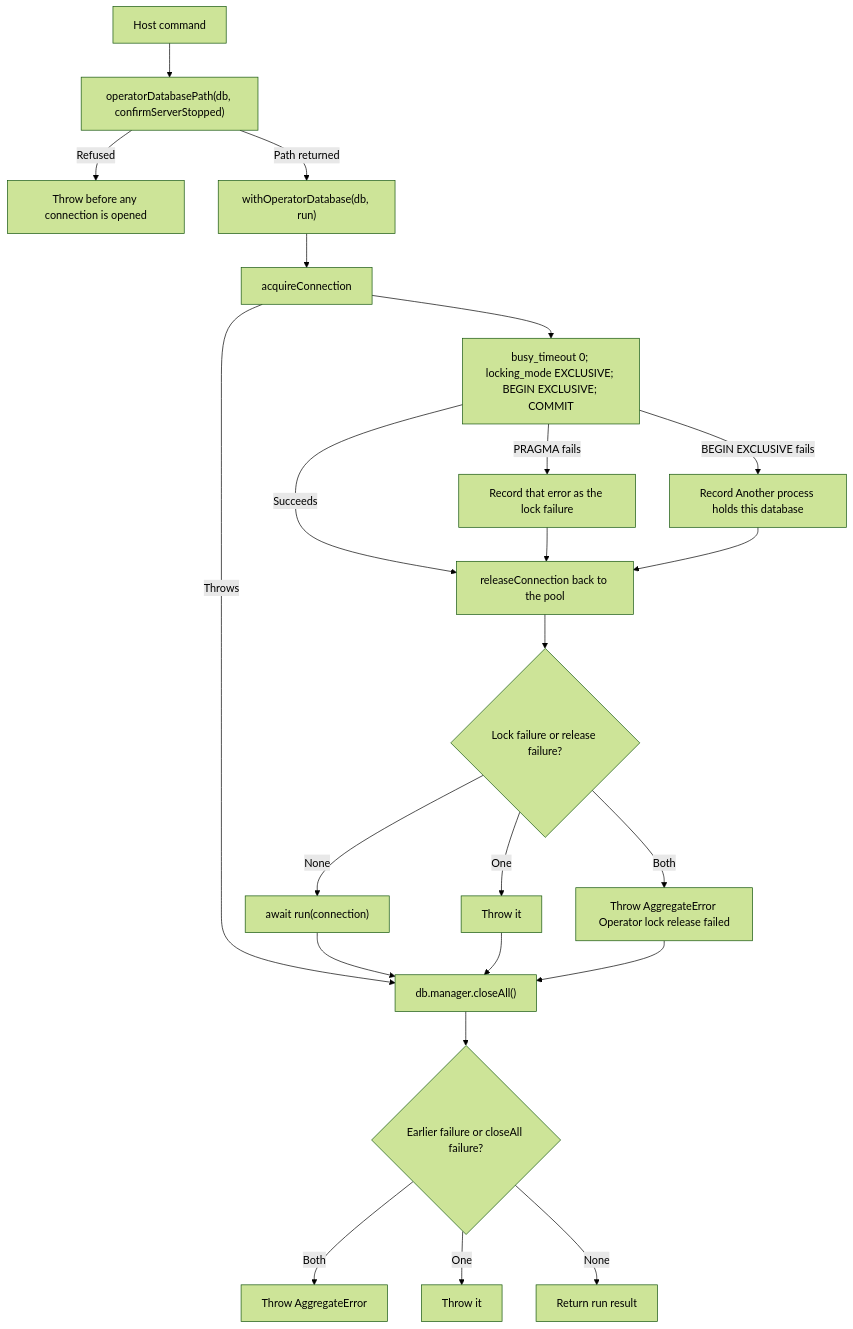
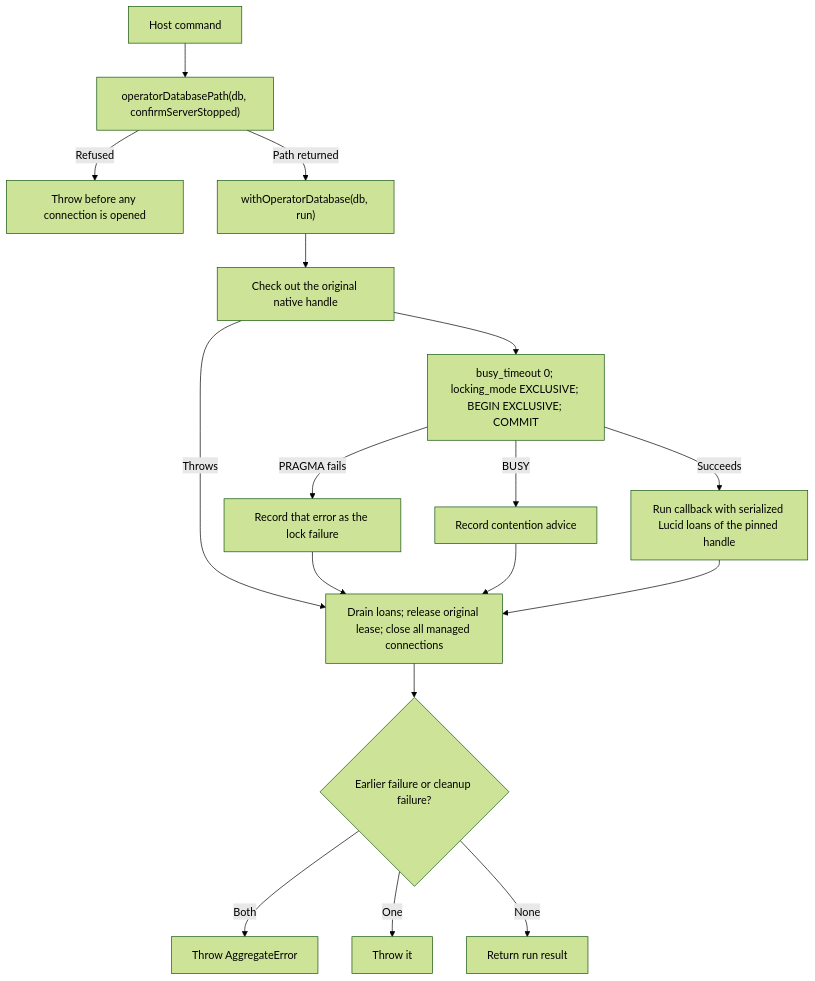
Before and after one commit to Kevinjohn/oss-adonisjs-sqlite-backup: the second of 2 diagrams in user-stories/operator-guards/us-op-07-stopped-server-operator-command.md, drawn with Mermaid (forest theme). The commit also changed other lines of this file and 1 other file, not shown here.

Commit message:
Clarify operator lock and cleanup guarantees

````diff
--- a/user-stories/operator-guards/us-op-07-stopped-server-operator-command.md
+++ b/user-stories/operator-guards/us-op-07-stopped-server-operator-command.md
@@ -42,25 +42,20 @@
 ```mermaid
 flowchart TD
     A["Host command"] --> B["operatorDatabasePath(db, confirmServerStopped)"]
     B -->|Refused| X["Throw before any connection is opened"]
     B -->|Path returned| C["withOperatorDatabase(db, run)"]
-    C --> D["acquireConnection"]
-    D -->|Throws| I["db.manager.closeAll()"]
+    C --> D["Check out the original native handle"]
+    D -->|Throws| I
     D --> S["busy_timeout 0; locking_mode EXCLUSIVE; BEGIN EXCLUSIVE; COMMIT"]
     S -->|PRAGMA fails| P["Record that error as the lock failure"]
-    S -->|BEGIN EXCLUSIVE fails| Q["Record Another process holds this database"]
-    S -->|Succeeds| E["releaseConnection back to the pool"]
-    P --> E
-    Q --> E
-    E --> F{"Lock failure or release failure?"}
-    F -->|Both| R["Throw AggregateError Operator lock release failed"]
-    F -->|One| G["Throw it"]
-    F -->|None| H["await run(connection)"]
+    S -->|BUSY| Q["Record contention advice"]
+    S -->|Succeeds| H["Run callback with serialized Lucid loans of the pinned handle"]
+    P --> I
+    Q --> I
     H --> I
-    G --> I
-    R --> I
-    I --> J{"Earlier failure or closeAll failure?"}
+    I["Drain loans; release original lease; close all managed connections"]
+    I --> J{"Earlier failure or cleanup failure?"}
     J -->|Both| K["Throw AggregateError"]
     J -->|One| L["Throw it"]
     J -->|None| M["Return run result"]
 ```
````
